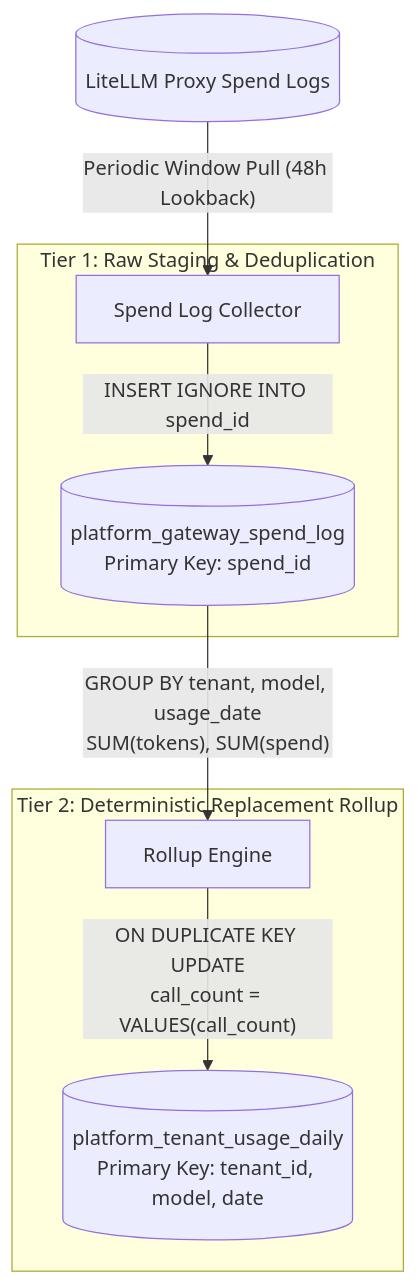
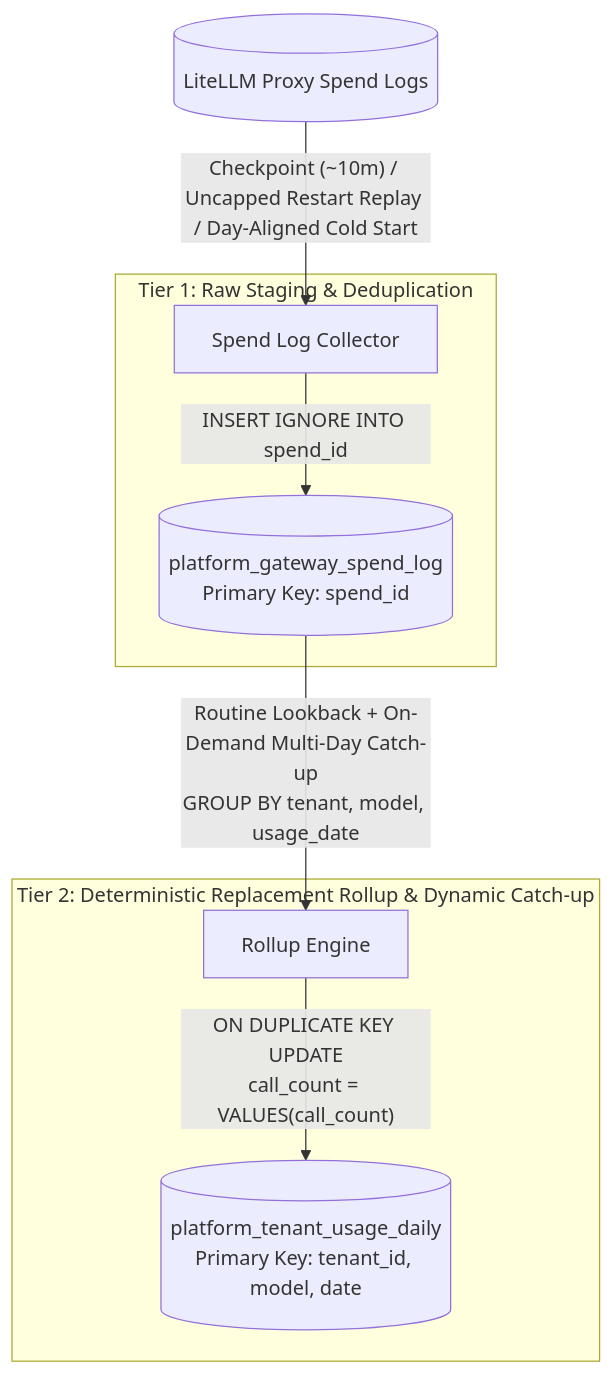
One commit to Sanderhoff-alt/oh-my-ragflow changed the fifth of 8 diagrams in extensions/model-platform/implementation-plan.md. Above: the diagram before and after it, drawn with Mermaid. The commit also changed other lines of this file and 11 other files, not shown here.

First line of the commit message:
feat(metering): self-healing checkpoint, uncapped replay, dynamic catch-up (#58)

````diff
--- a/extensions/model-platform/implementation-plan.md
+++ b/extensions/model-platform/implementation-plan.md
@@ -495,13 +500,13 @@
 ```mermaid
 flowchart TD
-    LiteLLM[("LiteLLM Proxy Spend Logs")] -->|"Periodic Window Pull (48h Lookback)"| Collector["Spend Log Collector"]
+    LiteLLM[("LiteLLM Proxy Spend Logs")] -->|"Checkpoint (~10m) / Uncapped Restart Replay / Day-Aligned Cold Start"| Collector["Spend Log Collector"]
 
     subgraph Tier1_Staging ["Tier 1: Raw Staging & Deduplication"]
         Collector -->|"INSERT IGNORE INTO spend_id"| SpendLogTable[("platform_gateway_spend_log<br>Primary Key: spend_id")]
     end
 
-    subgraph Tier2_Aggregation ["Tier 2: Deterministic Replacement Rollup"]
-        SpendLogTable -->|"GROUP BY tenant, model, usage_date<br>SUM(tokens), SUM(spend)"| RollupEngine["Rollup Engine"]
+    subgraph Tier2_Aggregation ["Tier 2: Deterministic Replacement Rollup & Dynamic Catch-up"]
+        SpendLogTable -->|"Routine Lookback + On-Demand Multi-Day Catch-up<br>GROUP BY tenant, model, usage_date"| RollupEngine["Rollup Engine"]
         RollupEngine -->|"ON DUPLICATE KEY UPDATE<br>call_count = VALUES(call_count)"| DailyTable[("platform_tenant_usage_daily<br>Primary Key: tenant_id, model, date")]
     end
 ```
````
